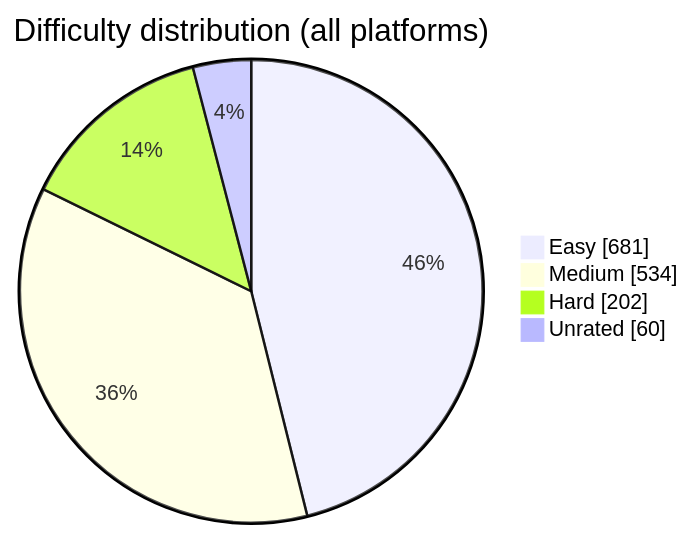
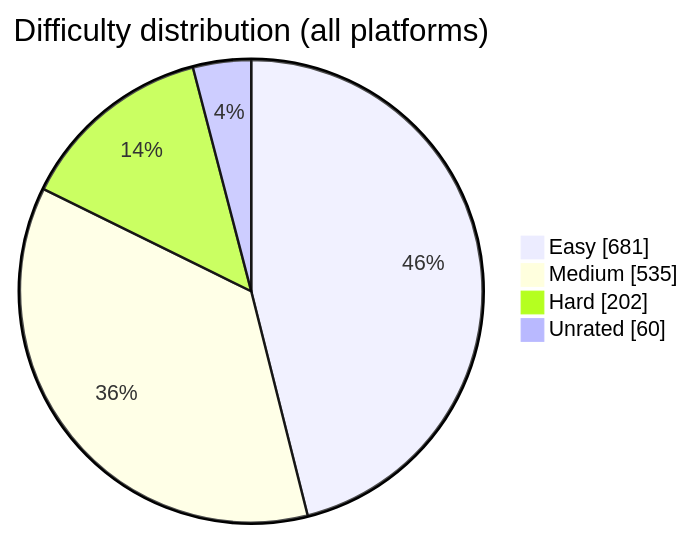
The diagram in README.md (BuildbyArindam/Daily-Coding-Log), drawn with Mermaid before and after one commit. The commit also changed other lines of this file, not shown here.

````diff
--- a/README.md
+++ b/README.md
@@ -93,7 +93,7 @@
 ```mermaid
 pie showData title Difficulty distribution (all platforms)
     "Easy" : 681
-    "Medium" : 534
+    "Medium" : 535
     "Hard" : 202
     "Unrated" : 60
 ```
````
